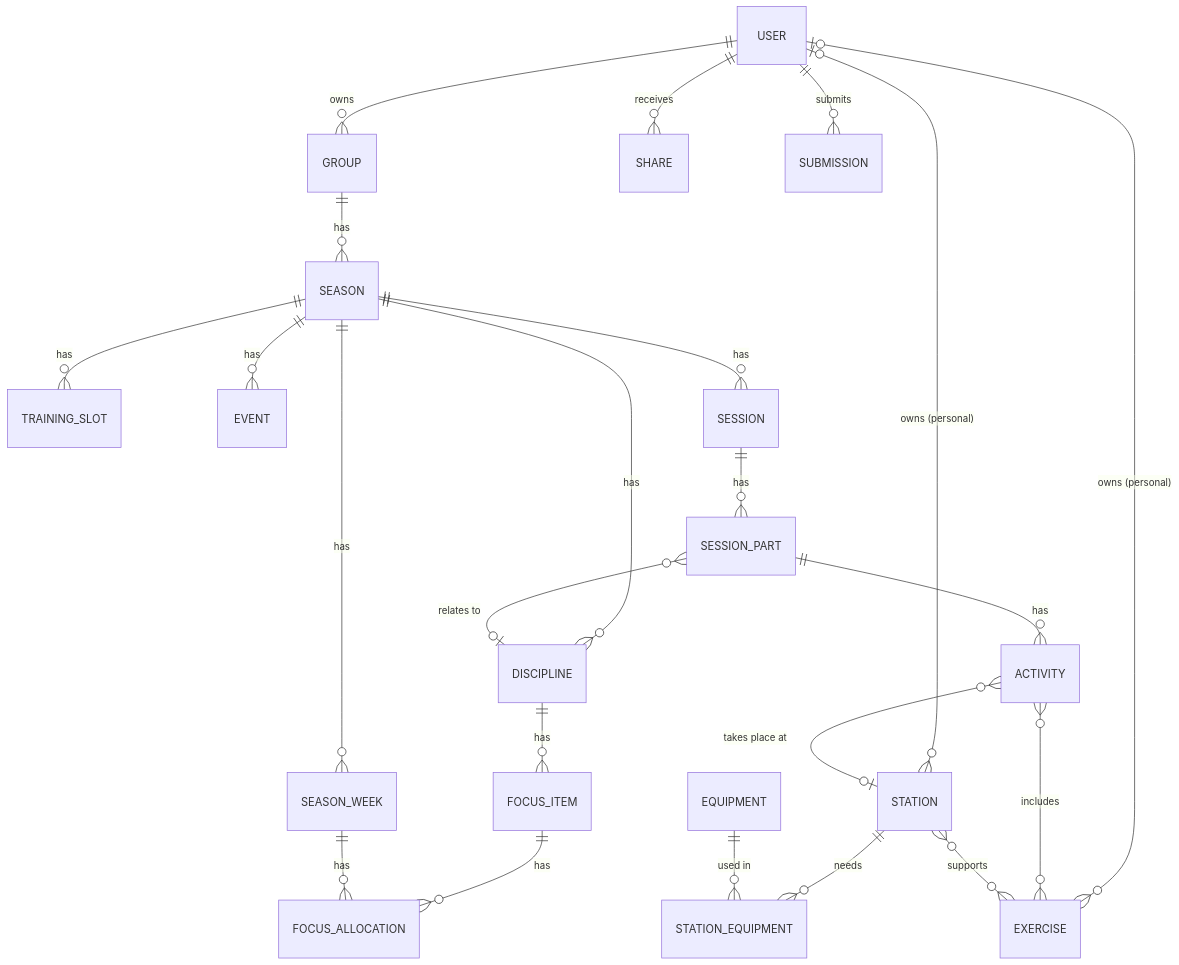
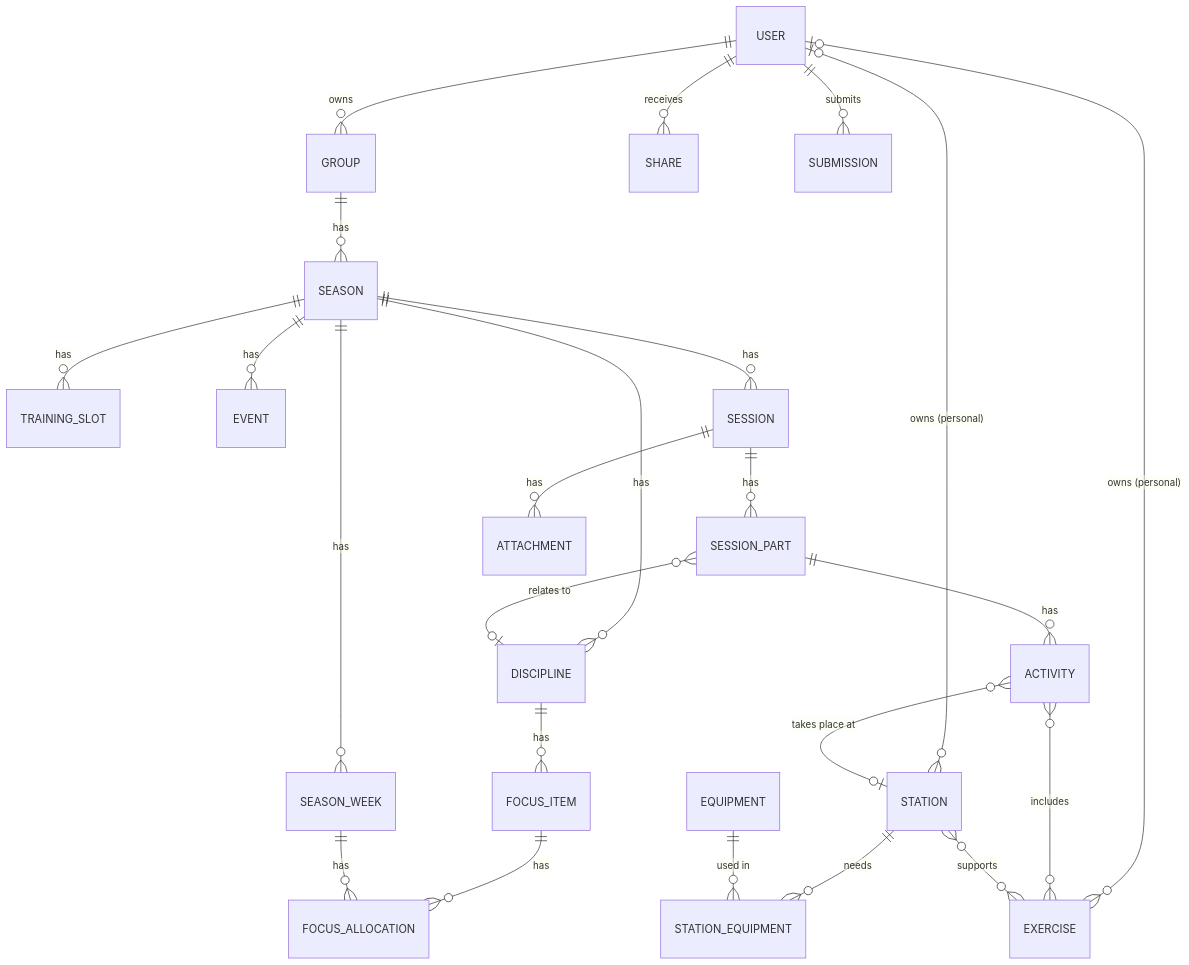
One commit to denka07/GymnasticsPlanner changed the diagram in docs/data-model.md. Above: the diagram before and after it, drawn with Mermaid. The commit also changed other lines of this file and 2 other files, not shown here.

````diff
--- a/docs/data-model.md
+++ b/docs/data-model.md
@@ -25,30 +25,31 @@
 ```mermaid
 erDiagram
     USER ||--o{ GROUP : owns
     USER ||--o{ SHARE : receives
     USER |o--o{ EXERCISE : "owns (personal)"
     USER |o--o{ STATION : "owns (personal)"
     USER ||--o{ SUBMISSION : submits
 
     GROUP ||--o{ SEASON : has
 
     SEASON ||--o{ TRAINING_SLOT : has
     SEASON ||--o{ DISCIPLINE : has
     SEASON ||--o{ SEASON_WEEK : has
     SEASON ||--o{ EVENT : has
     SEASON ||--o{ SESSION : has
 
     DISCIPLINE ||--o{ FOCUS_ITEM : has
     FOCUS_ITEM ||--o{ FOCUS_ALLOCATION : has
     SEASON_WEEK ||--o{ FOCUS_ALLOCATION : has
 
     SESSION ||--o{ SESSION_PART : has
+    SESSION ||--o{ ATTACHMENT : has
     SESSION_PART ||--o{ ACTIVITY : has
     SESSION_PART }o--o| DISCIPLINE : "relates to"
     ACTIVITY }o--o| STATION : "takes place at"
     ACTIVITY }o--o{ EXERCISE : includes
 
     STATION ||--o{ STATION_EQUIPMENT : needs
     EQUIPMENT ||--o{ STATION_EQUIPMENT : "used in"
     STATION }o--o{ EXERCISE : supports
 ```
````
